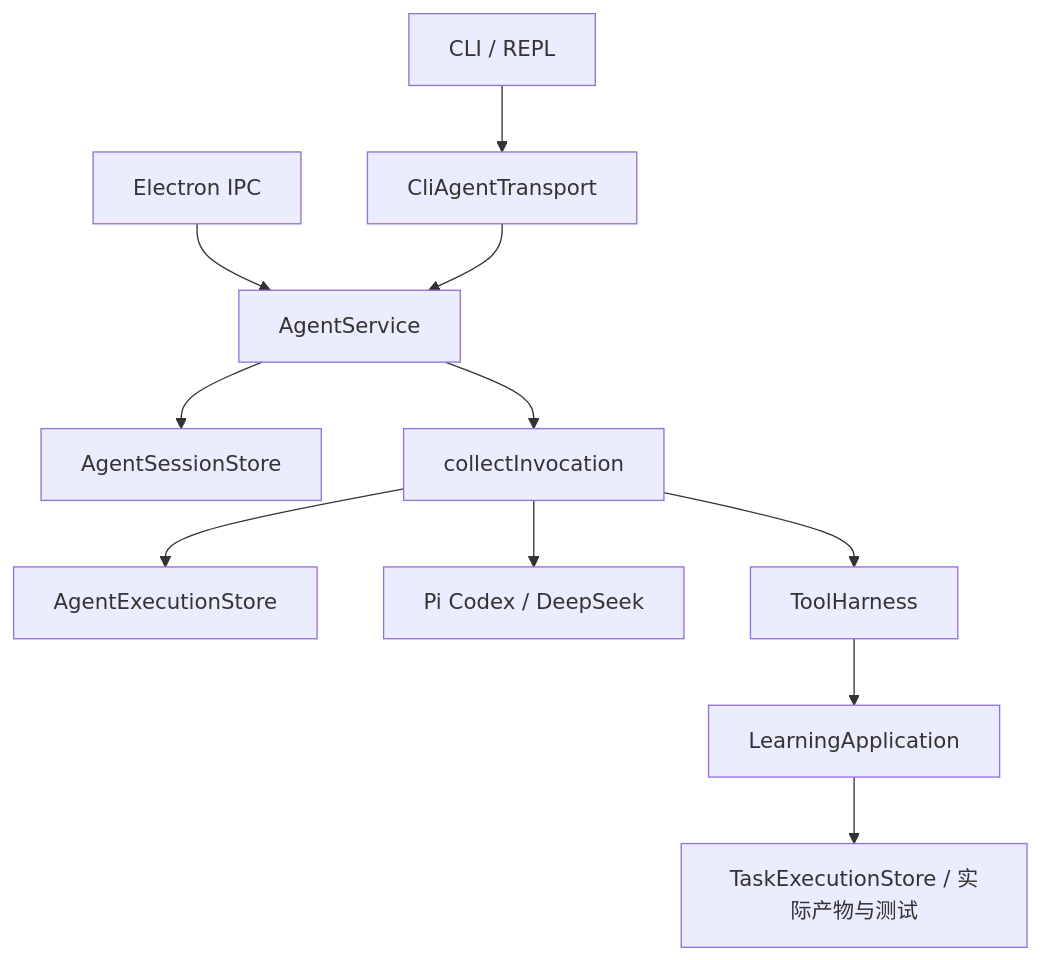
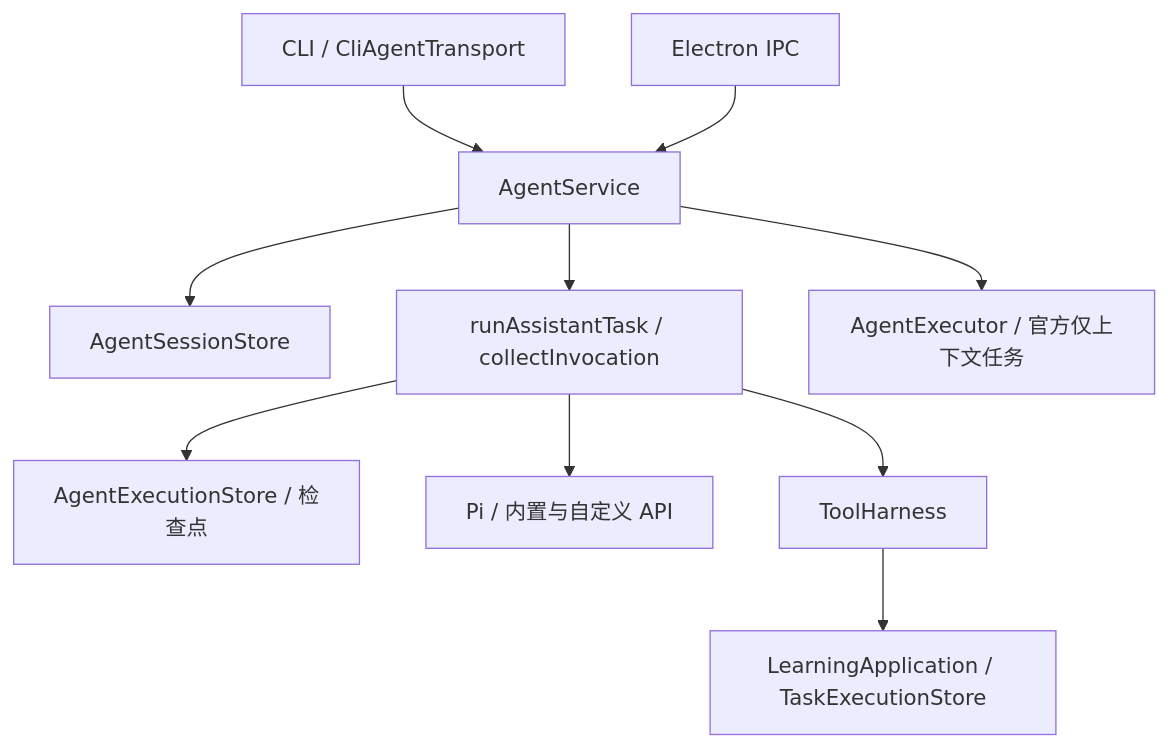
Before and after one commit to muzigef/zhixing: the diagram in docs/agent-kernel.md, drawn with Mermaid. The commit also changed other lines of this file and 135 other files, not shown here.

````diff
--- a/docs/agent-kernel.md
+++ b/docs/agent-kernel.md
@@ -11,13 +12,12 @@
 ```mermaid
 flowchart TD
-  CLI[CLI / REPL] --> Adapter[CliAgentTransport]
-  Desktop[Electron IPC] --> Service[AgentService]
-  Adapter --> Service
+  CLI[CLI / CliAgentTransport] --> Service[AgentService]
+  Desktop[Electron IPC] --> Service
   Service --> Chat[AgentSessionStore]
-  Service --> Loop[collectInvocation]
-  Loop --> Journal[AgentExecutionStore]
-  Loop --> Provider[Pi Codex / DeepSeek]
+  Service --> Loop[runAssistantTask / collectInvocation]
+  Service --> Native[AgentExecutor / 官方仅上下文任务]
+  Loop --> Journal[AgentExecutionStore / 检查点]
+  Loop --> Provider[Pi / 内置与自定义 API]
   Loop --> Harness[ToolHarness]
-  Harness --> App[LearningApplication]
-  App --> Operations[TaskExecutionStore / 实际产物与测试]
+  Harness --> App[LearningApplication / TaskExecutionStore]
 ```
````
